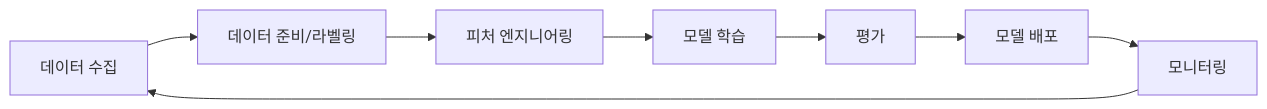
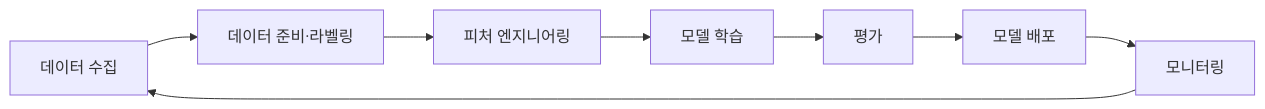
Before and after one commit to cloudpickr/cloudpick-docs: the diagram in src/content/docs/ko/ai/ai-ml.md, drawn with Mermaid. The commit also changed 29 other files, not shown here.

First line of the commit message:
fix: Mermaid 전수조사 — 노드 라벨 슬래시 13건 수정 (ko/en/ja)

````diff
--- a/src/content/docs/ko/ai/ai-ml.md
+++ b/src/content/docs/ko/ai/ai-ml.md
@@ -129,10 +129,10 @@
 ```mermaid
 graph LR
-    A[데이터 수집] --> B[데이터 준비/라벨링]
+    A[데이터 수집] --> B[데이터 준비·라벨링]
     B --> C[피처 엔지니어링]
     C --> D[모델 학습]
     D --> E[평가]
     E --> F[모델 배포]
     F --> G[모니터링]
     G --> A
 ```
````
